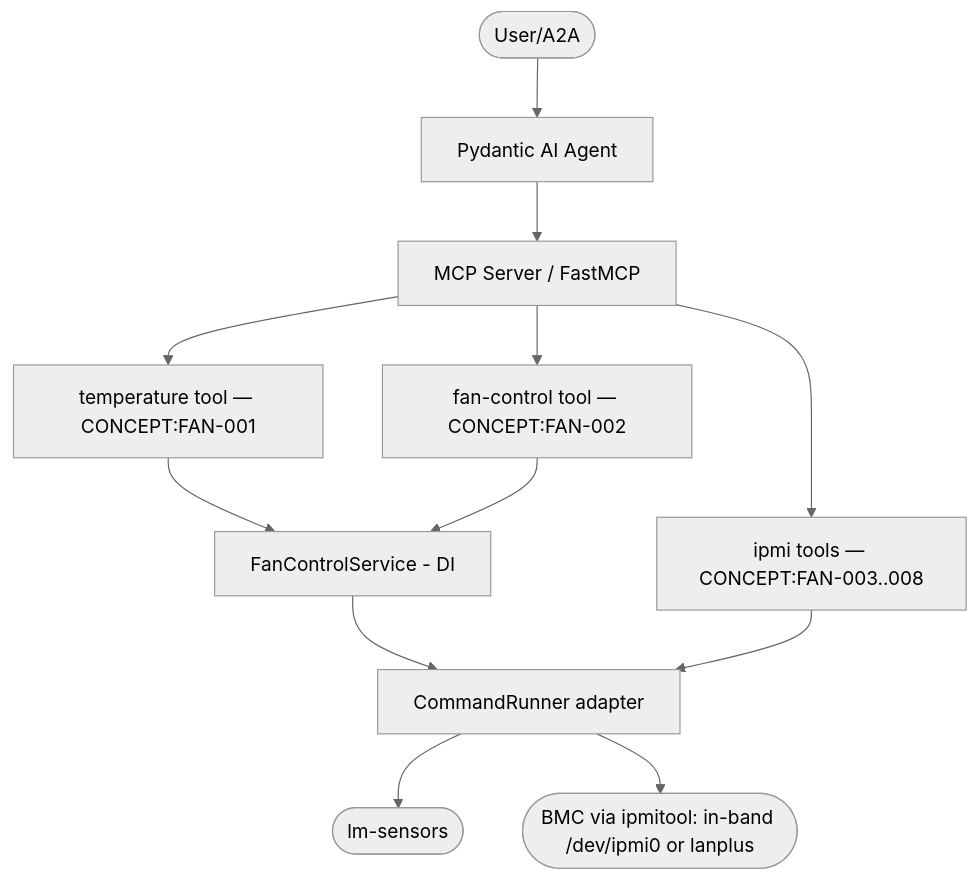
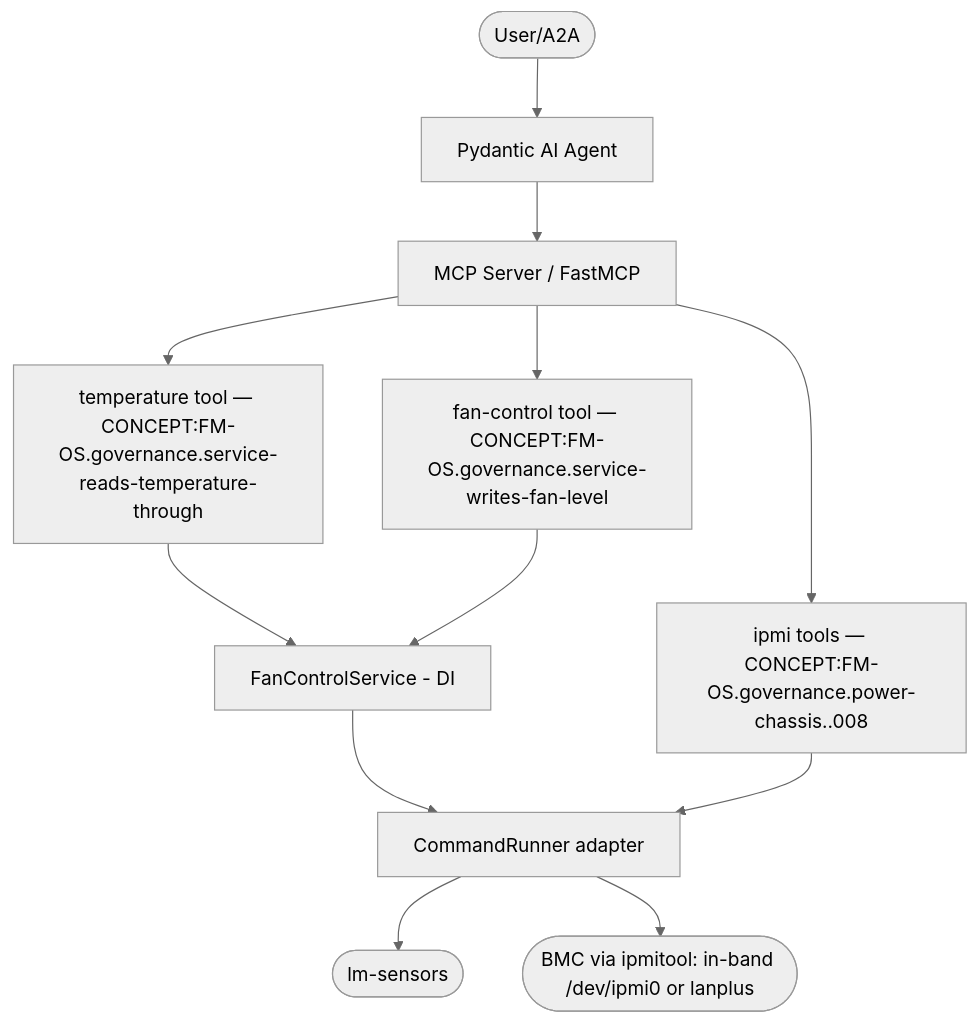
The diagram in AGENTS.md (Knuckles-Team/fan-manager), drawn with Mermaid (neutral theme) before and after one commit. The commit also changed other lines of this file and 27 other files, not shown here.

````diff
--- a/AGENTS.md
+++ b/AGENTS.md
@@ -36,14 +36,14 @@
 ```mermaid
 graph TD
     User([User/A2A]) --> Agent[Pydantic AI Agent]
     Agent --> MCP[MCP Server / FastMCP]
-    MCP --> Temp[temperature tool — CONCEPT:FAN-001]
-    MCP --> Fan[fan-control tool — CONCEPT:FAN-002]
-    MCP --> Ipmi[ipmi tools — CONCEPT:FAN-003..008]
+    MCP --> Temp[temperature tool — CONCEPT:FM-OS.governance.service-reads-temperature-through]
+    MCP --> Fan[fan-control tool — CONCEPT:FM-OS.governance.service-writes-fan-level]
+    MCP --> Ipmi[ipmi tools — CONCEPT:FM-OS.governance.power-chassis..008]
     Temp --> Service[FanControlService - DI]
     Fan --> Service
     Service --> Runner[CommandRunner adapter]
     Ipmi --> Runner
     Runner --> Sensors([lm-sensors])
     Runner --> IPMI([BMC via ipmitool: in-band /dev/ipmi0 or lanplus])
 ```
````
